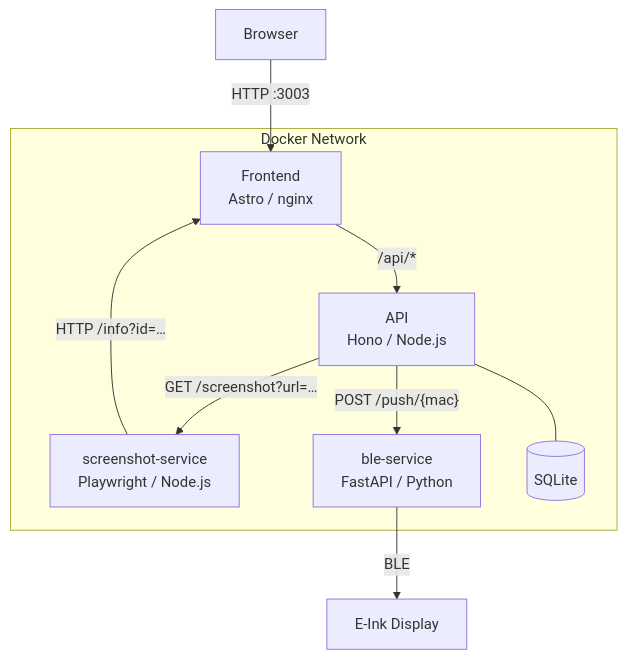
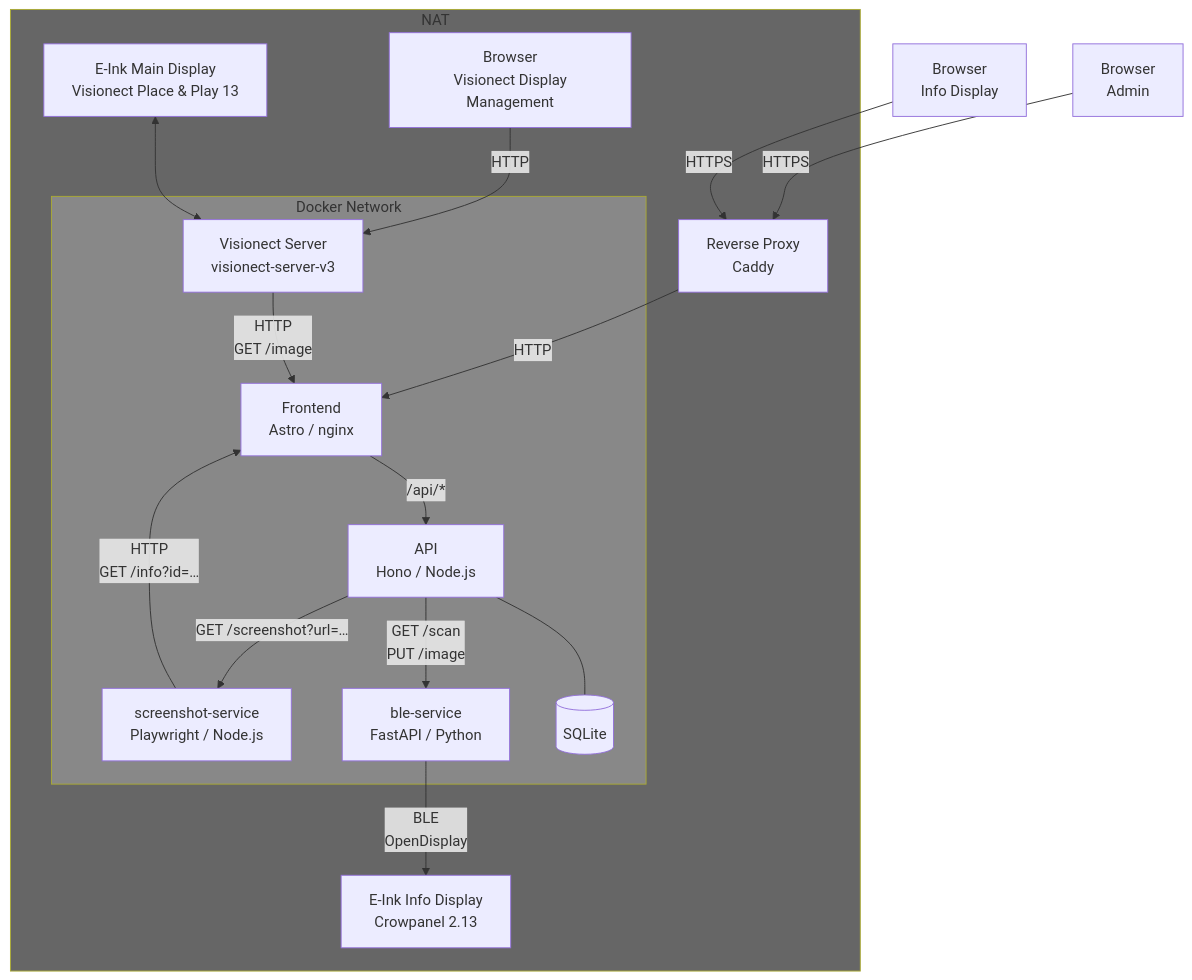
The diagram in README.md (JoepSchyns/einkapp), drawn with Mermaid before and after one commit. The commit also changed other lines of this file and 2 other files, not shown here.

````diff
--- a/README.md
+++ b/README.md
@@ -11,19 +13,30 @@
 ```mermaid
+
 graph TD
-    Browser["Browser"] -->|"HTTP :3003"| Frontend
+Browser1["Browser\n Admin"] --> |"HTTPS"| Proxy
+Browser3["Browser\n Info Display"] --> |"HTTPS"| Proxy
+    subgraph nat[NAT]
+        Proxy["Reverse Proxy\n Caddy"] --> |"HTTP"| Frontend
+        Browser2["Browser\n Visionect Display Management"] --> |"HTTP"| VisionectServer
+        Eink["E-Ink Main Display\n Visionect Place & Play 13 "] <--> VisionectServer
+        
 
-    subgraph Docker Network
-        Frontend["Frontend\nAstro / nginx"]
-        API["API\nHono / Node.js"]
-        Screenshot["screenshot-service\nPlaywright / Node.js"]
-        BLE["ble-service\nFastAPI / Python"]
-        DB[("SQLite")]
+        subgraph dockernet[Docker Network]
+            VisionectServer["Visionect Server\n visionect-server-v3"] --> |"HTTP\n GET /image"| Frontend
+            Frontend["Frontend\nAstro / nginx"]
+            API["API\nHono / Node.js"]
+            Screenshot["screenshot-service\nPlaywright / Node.js"] --> |"HTTP\n GET /info?id=…" | Frontend
+            BLE["ble-service\nFastAPI / Python"]
+            DB[("SQLite")]
+        end
+
+        Frontend -->|"/api/*"| API
+        API --- DB
+        API -->|"GET /screenshot?url=…"| Screenshot
+        API -->|"GET /scan\n PUT /image"| BLE
+        BLE -->|"BLE\n OpenDisplay"| Display["E-Ink Info Display\n Crowpanel 2.13"]
     end
 
-    Frontend -->|"/api/*"| API
-    API --- DB
-    API -->|"GET /screenshot?url=…"| Screenshot
-    Screenshot -->|"HTTP /info?id=…"| Frontend
-    API -->|"POST /push/{mac}"| BLE
-    BLE -->|"BLE"| Display["E-Ink Display"]
+    style nat fill:#666
+    style dockernet fill:#888
 ```
````
